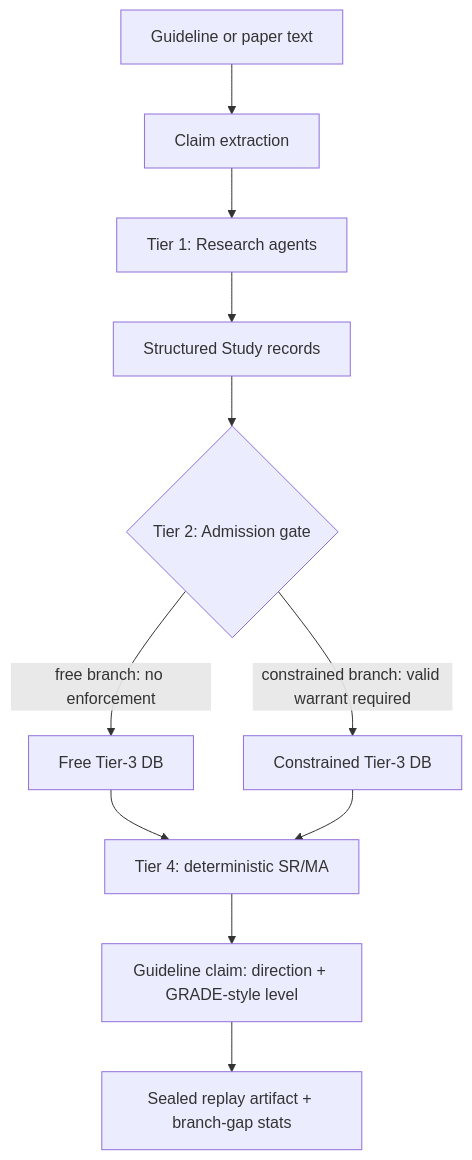
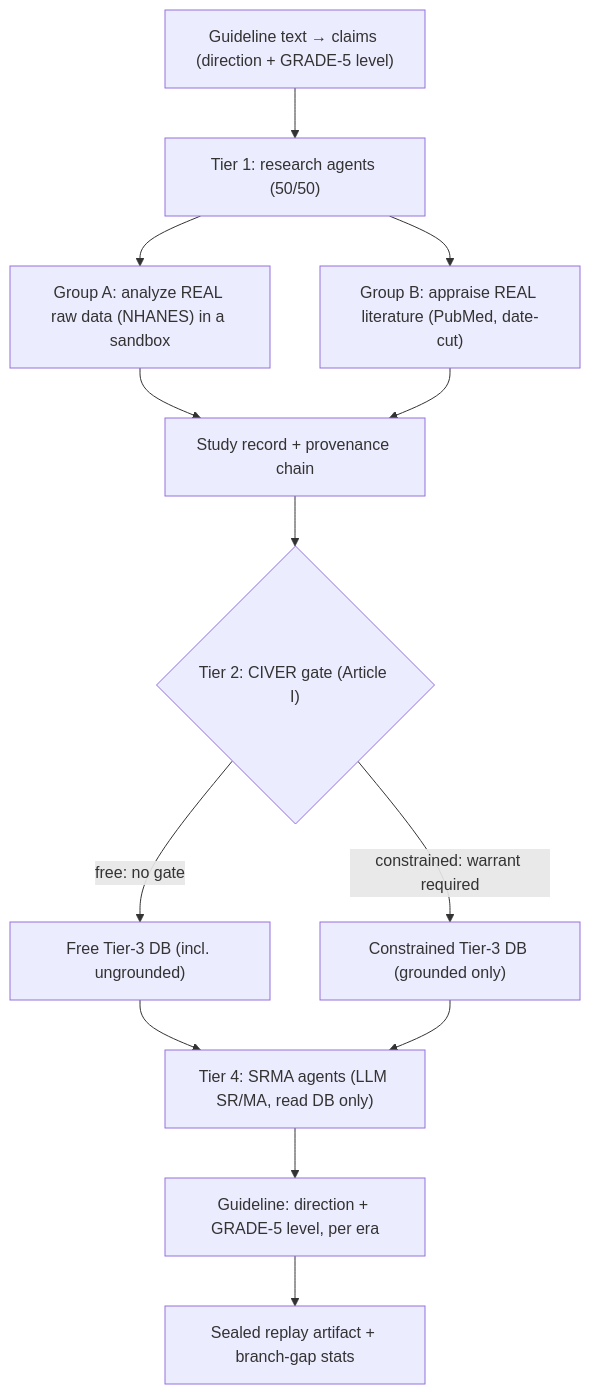
Before and after one commit to tuyentran-md/medevo: the diagram in README.md, drawn with Mermaid. The commit also changed other lines of this file and 43 other files, not shown here.

First line of the commit message:
feat(medevo): v3 complete — Group-A microdata, web replay, LLM SRMA, real-run

````diff
--- a/README.md
+++ b/README.md
@@ -35,13 +42,15 @@
 ```mermaid
 flowchart TD
-    A["Guideline or paper text"] --> B["Claim extraction"]
-    B --> C["Tier 1: Research agents"]
-    C --> D["Structured Study records"]
-    D --> E{"Tier 2: Admission gate"}
-    E -->|"free branch: no enforcement"| F["Free Tier-3 DB"]
-    E -->|"constrained branch: valid warrant required"| G["Constrained Tier-3 DB"]
-    F --> H["Tier 4: deterministic SR/MA"]
+    A["Guideline text → claims (direction + GRADE-5 level)"] --> C
+    C["Tier 1: research agents (50/50)"] --> CA["Group A: analyze REAL raw data (NHANES) in a sandbox"]
+    C --> CB["Group B: appraise REAL literature (PubMed, date-cut)"]
+    CA --> D["Study record + provenance chain"]
+    CB --> D
+    D --> E{"Tier 2: CIVER gate (Article I)"}
+    E -->|"free: no gate"| F["Free Tier-3 DB (incl. ungrounded)"]
+    E -->|"constrained: warrant required"| G["Constrained Tier-3 DB (grounded only)"]
+    F --> H["Tier 4: SRMA agents (LLM SR/MA, read DB only)"]
     G --> H
-    H --> I["Guideline claim: direction + GRADE-style level"]
+    H --> I["Guideline: direction + GRADE-5 level, per era"]
     I --> J["Sealed replay artifact + branch-gap stats"]
 ```
````
